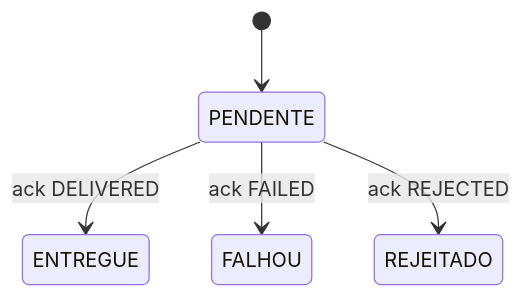
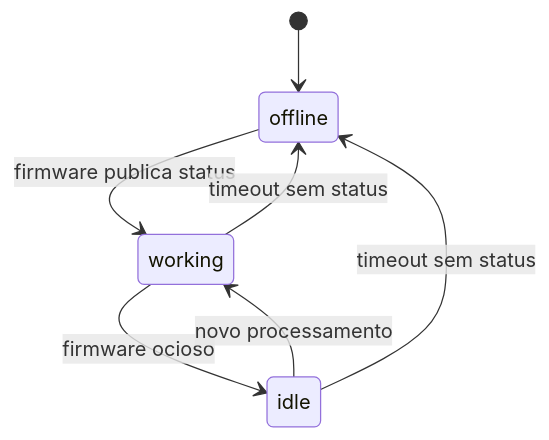
Before and after one commit to DanielKGM/autoponto: the tenth of 11 diagrams in autoponto-backend/docs/diagramas-tcc.md, drawn with Mermaid. The commit also changed other lines of this file and 42 other files, not shown here.

````diff
--- a/autoponto-backend/docs/diagramas-tcc.md
+++ b/autoponto-backend/docs/diagramas-tcc.md
@@ -294,7 +194,9 @@
 ```mermaid
 stateDiagram-v2
-    [*] --> PENDENTE
-    PENDENTE --> ENTREGUE: ack DELIVERED
-    PENDENTE --> FALHOU: ack FAILED
-    PENDENTE --> REJEITADO: ack REJECTED
+    [*] --> offline
+    offline --> working: firmware publica status
+    working --> idle: firmware ocioso
+    idle --> working: novo processamento
+    working --> offline: timeout sem status
+    idle --> offline: timeout sem status
 ```
````
